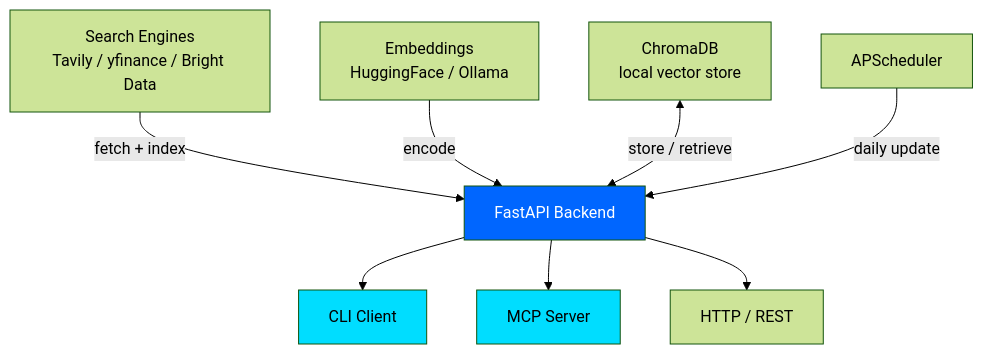
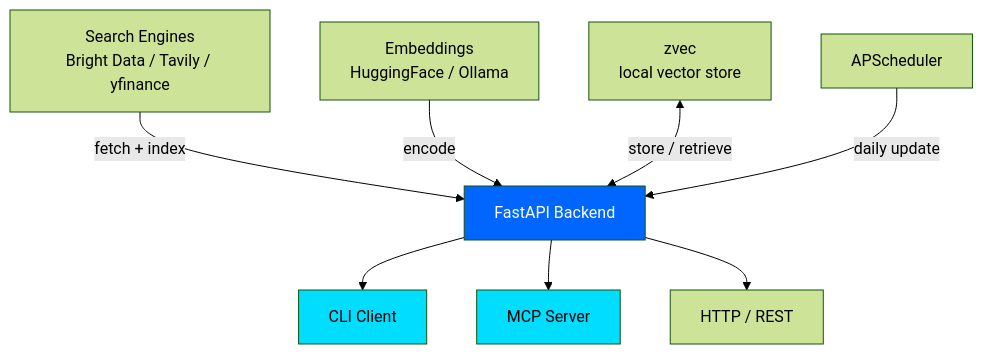
The diagram in README.md (Arseni1919/ragy), drawn with Mermaid (forest theme) before and after one commit. The commit also changed other lines of this file, not shown here.

First line of the commit message:
Update README to prioritize Bright Data and reflect zvec migration

````diff
--- a/README.md
+++ b/README.md
@@ -327,14 +346,14 @@
 ```mermaid
 graph TD
-    D[Search Engines<br/>Tavily / yfinance / Bright Data] -->|fetch + index| B
+    D[Search Engines<br/>Bright Data / Tavily / yfinance] -->|fetch + index| B
     C[Embeddings<br/>HuggingFace / Ollama] -->|encode| B
-    A[ChromaDB<br/>local vector store] <-->|store / retrieve| B[FastAPI Backend]
+    A[zvec<br/>local vector store] <-->|store / retrieve| B[FastAPI Backend]
     B --> E[CLI Client]
     B --> F[MCP Server]
     B --> G[HTTP / REST]
     H[APScheduler] -->|daily update| B
 
     style B fill:#0066FF,color:#fff
     style E fill:#00DDFF,color:#000
     style F fill:#00DDFF,color:#000
 ```
````
